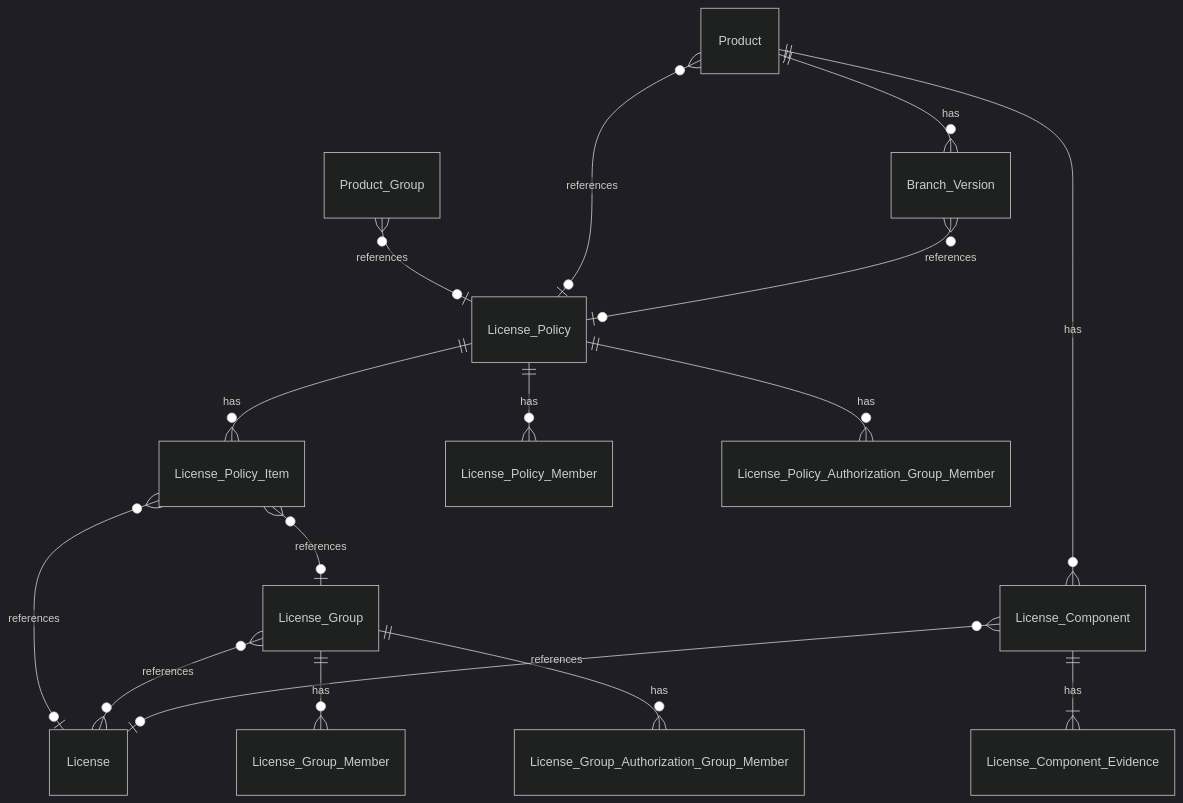
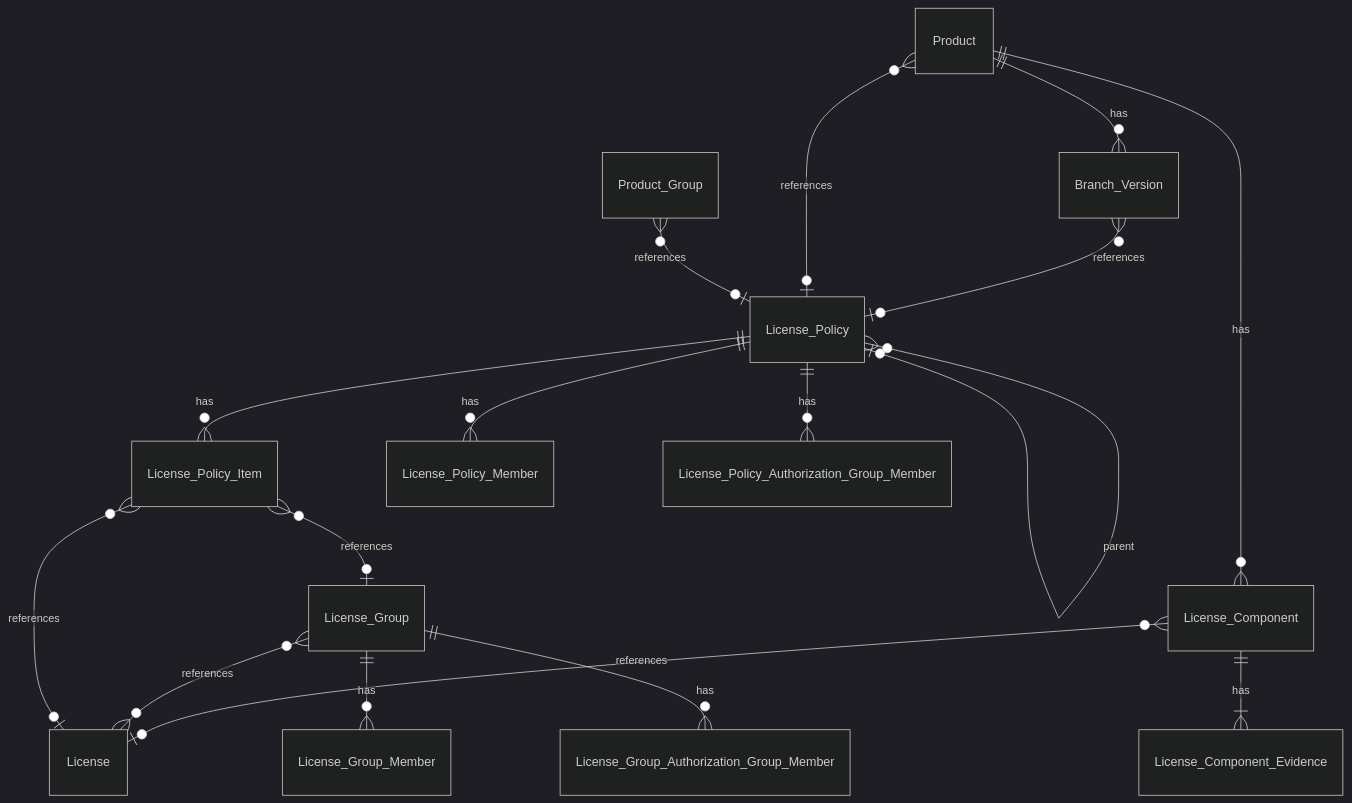
One commit to MaibornWolff/SecObserve changed the second of 2 diagrams in docs/getting_started/data_model.md. Above: the diagram before and after it, drawn with Mermaid (dark theme). The commit also changed other lines of this file and 20 other files, not shown here.

Commit message:
feat: license policies can have a parent (#2361)

````diff
--- a/docs/getting_started/data_model.md
+++ b/docs/getting_started/data_model.md
@@ -85,18 +85,19 @@
 ``` mermaid
 erDiagram
     Product ||--o{ Branch_Version : has
     Product ||--o{ License_Component : has
     Branch_Version }o--o| License_Policy : references
     Product }o--o| License_Policy : references
     Product_Group }o--o| License_Policy : references
     License_Component }o--o| License : references
     License_Component ||--|{ License_Component_Evidence : has
+    License_Policy }o--o| License_Policy : parent
     License_Policy ||--o{ License_Policy_Item : has
     License_Policy ||--o{ License_Policy_Member : has
     License_Policy ||--o{ License_Policy_Authorization_Group_Member : has
     License_Group }o--o{ License : references
     License_Group ||--o{ License_Group_Member : has
     License_Group ||--o{ License_Group_Authorization_Group_Member : has
     License_Policy_Item }o--o| License : references
     License_Policy_Item }o--o| License_Group : references
 ```
````
